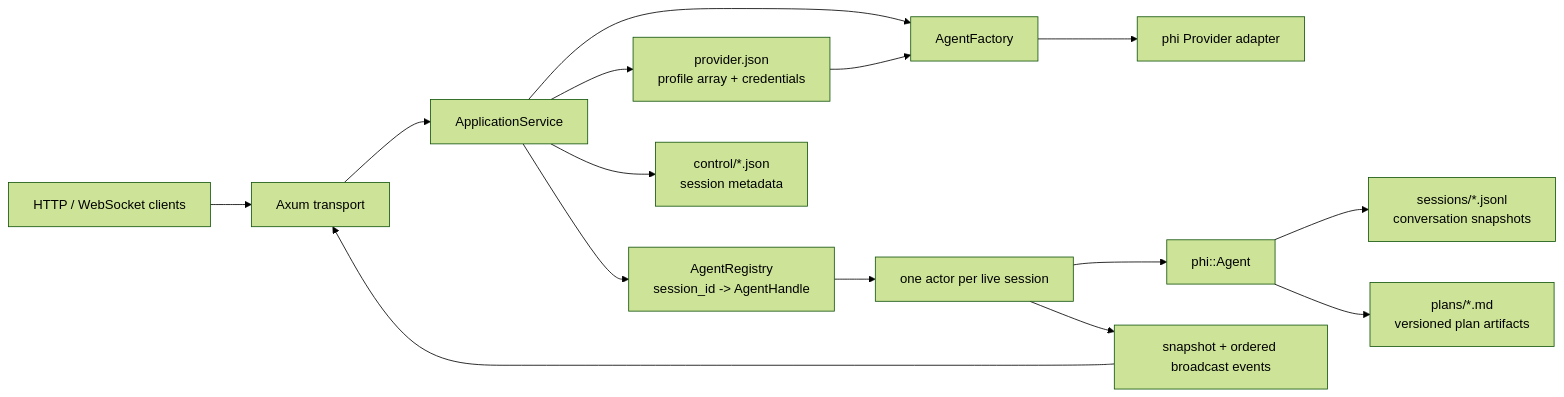
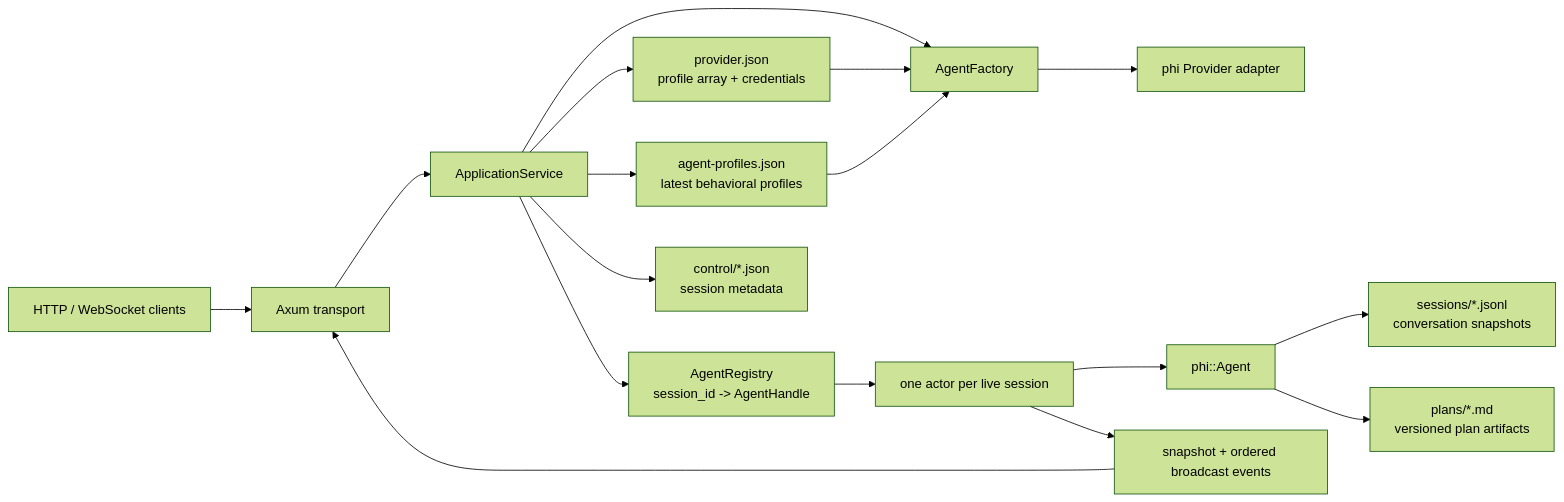
Before and after one commit to yearsyan/phi: the diagram in crates/phi-daemon/README.md, drawn with Mermaid (forest theme). The commit also changed other lines of this file and 76 other files, not shown here.

Commit message:
feat: add agent profiles and capability modes

````diff
--- a/crates/phi-daemon/README.md
+++ b/crates/phi-daemon/README.md
@@ -9,17 +15,19 @@
 ```mermaid
 flowchart LR
     Client["HTTP / WebSocket clients"] --> Axum["Axum transport"]
     Axum --> Service["ApplicationService"]
     Service --> Registry["AgentRegistry<br/>session_id -> AgentHandle"]
     Service --> Factory["AgentFactory"]
     Service --> ProviderProfiles["provider.json<br/>profile array + credentials"]
     ProviderProfiles --> Factory
+    Service --> AgentProfiles["agent-profiles.json<br/>latest behavioral profiles"]
+    AgentProfiles --> Factory
     Factory --> Provider["phi Provider adapter"]
     Registry --> Actor["one actor per live session"]
     Actor --> Agent["phi::Agent"]
     Actor --> Hub["snapshot + ordered broadcast events"]
     Hub --> Axum
     Service --> Metadata["control/*.json<br/>session metadata"]
     Agent --> Transcript["sessions/*.jsonl<br/>conversation snapshots"]
     Agent --> Plans["plans/*.md<br/>versioned plan artifacts"]
 ```
````
